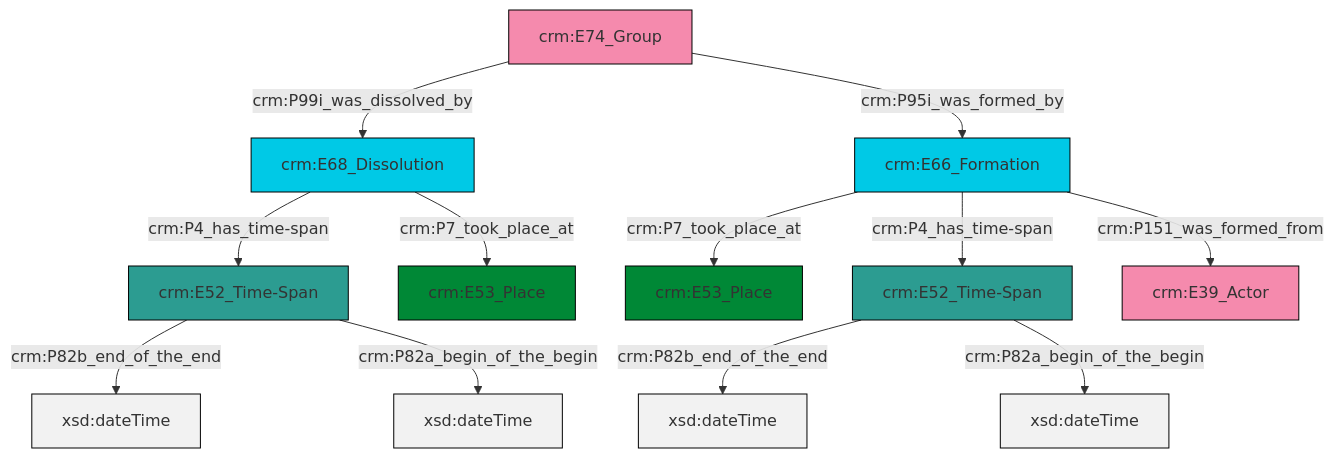
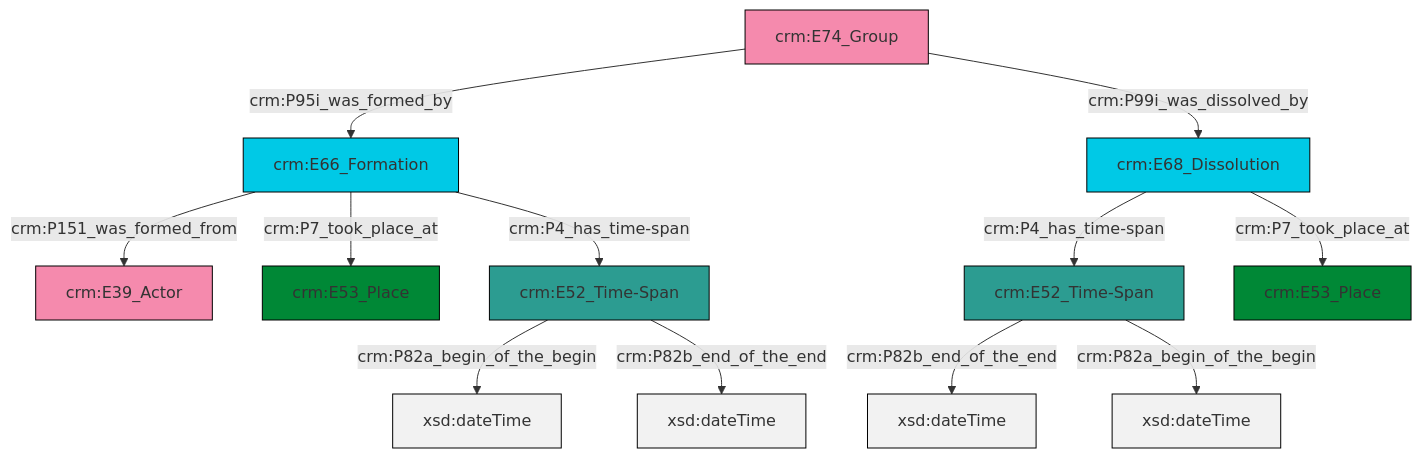
One commit to swiss-art-research-net/reference-data-models changed the diagram in et/groupCSV/ttl/mmd/group_existence.ttl.mmd. Above: the diagram before and after it, drawn with Mermaid. The commit also changed 128 other files, not shown here.

```diff
--- a/et/groupCSV/ttl/mmd/group_existence.ttl.mmd
+++ b/et/groupCSV/ttl/mmd/group_existence.ttl.mmd
@@ -1,26 +1,26 @@
 graph TD
 classDef Literal fill:#f2f2f2,stroke:#000000;
 classDef CRM_Entity fill:#FFFFFF,stroke:#000000;
 classDef Temporal_Entity fill:#00C9E6, stroke:#000000;
 classDef Type fill:#E18312, stroke:#000000;
 classDef Time-Span fill:#2C9C91, stroke:#000000;
 classDef Appellation fill:#FFEB7F, stroke:#000000;
 classDef Place fill:#008836, stroke:#000000;
 classDef Persistent_Item fill:#B266B2, stroke:#000000;
 classDef Conceptual_Object fill:#FFD700, stroke:#000000;
 classDef Physical_Thing fill:#D2B48C, stroke:#000000;
 classDef Actor fill:#f58aad, stroke:#000000;
 classDef PC_Classes fill:#4ce600, stroke:#000000;
 classDef Multi fill:#cccccc,stroke:#000000;
 
-4["crm:E68_Dissolution"]:::Temporal_Entity -->|crm:P7_took_place_at| 5["crm:E53_Place"]:::Place
-0["crm:E74_Group"]:::Actor -->|crm:P99i_was_dissolved_by| 4["crm:E68_Dissolution"]:::Temporal_Entity
-8["crm:E66_Formation"]:::Temporal_Entity -->|crm:P4_has_time-span| 2["crm:E52_Time-Span"]:::Time-Span
-10["crm:E52_Time-Span"]:::Time-Span -->|crm:P82b_end_of_the_end| 11[xsd:dateTime]:::Literal
-0["crm:E74_Group"]:::Actor -->|crm:P95i_was_formed_by| 8["crm:E66_Formation"]:::Temporal_Entity
-2["crm:E52_Time-Span"]:::Time-Span -->|crm:P82b_end_of_the_end| 15[xsd:dateTime]:::Literal
-8["crm:E66_Formation"]:::Temporal_Entity -->|crm:P151_was_formed_from| 16["crm:E39_Actor"]:::Actor
-8["crm:E66_Formation"]:::Temporal_Entity -->|crm:P7_took_place_at| 6["crm:E53_Place"]:::Place
-2["crm:E52_Time-Span"]:::Time-Span -->|crm:P82a_begin_of_the_begin| 17[xsd:dateTime]:::Literal
-10["crm:E52_Time-Span"]:::Time-Span -->|crm:P82a_begin_of_the_begin| 19[xsd:dateTime]:::Literal
-4["crm:E68_Dissolution"]:::Temporal_Entity -->|crm:P4_has_time-span| 10["crm:E52_Time-Span"]:::Time-Span
+0["crm:E66_Formation"]:::Temporal_Entity -->|crm:P151_was_formed_from| 1["crm:E39_Actor"]:::Actor
+5["crm:E52_Time-Span"]:::Time-Span -->|crm:P82a_begin_of_the_begin| 6[xsd:dateTime]:::Literal
+7["crm:E52_Time-Span"]:::Time-Span -->|crm:P82b_end_of_the_end| 9[xsd:dateTime]:::Literal
+10["crm:E68_Dissolution"]:::Temporal_Entity -->|crm:P4_has_time-span| 7["crm:E52_Time-Span"]:::Time-Span
+0["crm:E66_Formation"]:::Temporal_Entity -->|crm:P7_took_place_at| 11["crm:E53_Place"]:::Place
+0["crm:E66_Formation"]:::Temporal_Entity -->|crm:P4_has_time-span| 5["crm:E52_Time-Span"]:::Time-Span
+14["crm:E74_Group"]:::Actor -->|crm:P95i_was_formed_by| 0["crm:E66_Formation"]:::Temporal_Entity
+10["crm:E68_Dissolution"]:::Temporal_Entity -->|crm:P7_took_place_at| 2["crm:E53_Place"]:::Place
+14["crm:E74_Group"]:::Actor -->|crm:P99i_was_dissolved_by| 10["crm:E68_Dissolution"]:::Temporal_Entity
+5["crm:E52_Time-Span"]:::Time-Span -->|crm:P82b_end_of_the_end| 16[xsd:dateTime]:::Literal
+7["crm:E52_Time-Span"]:::Time-Span -->|crm:P82a_begin_of_the_begin| 19[xsd:dateTime]:::Literal
```
